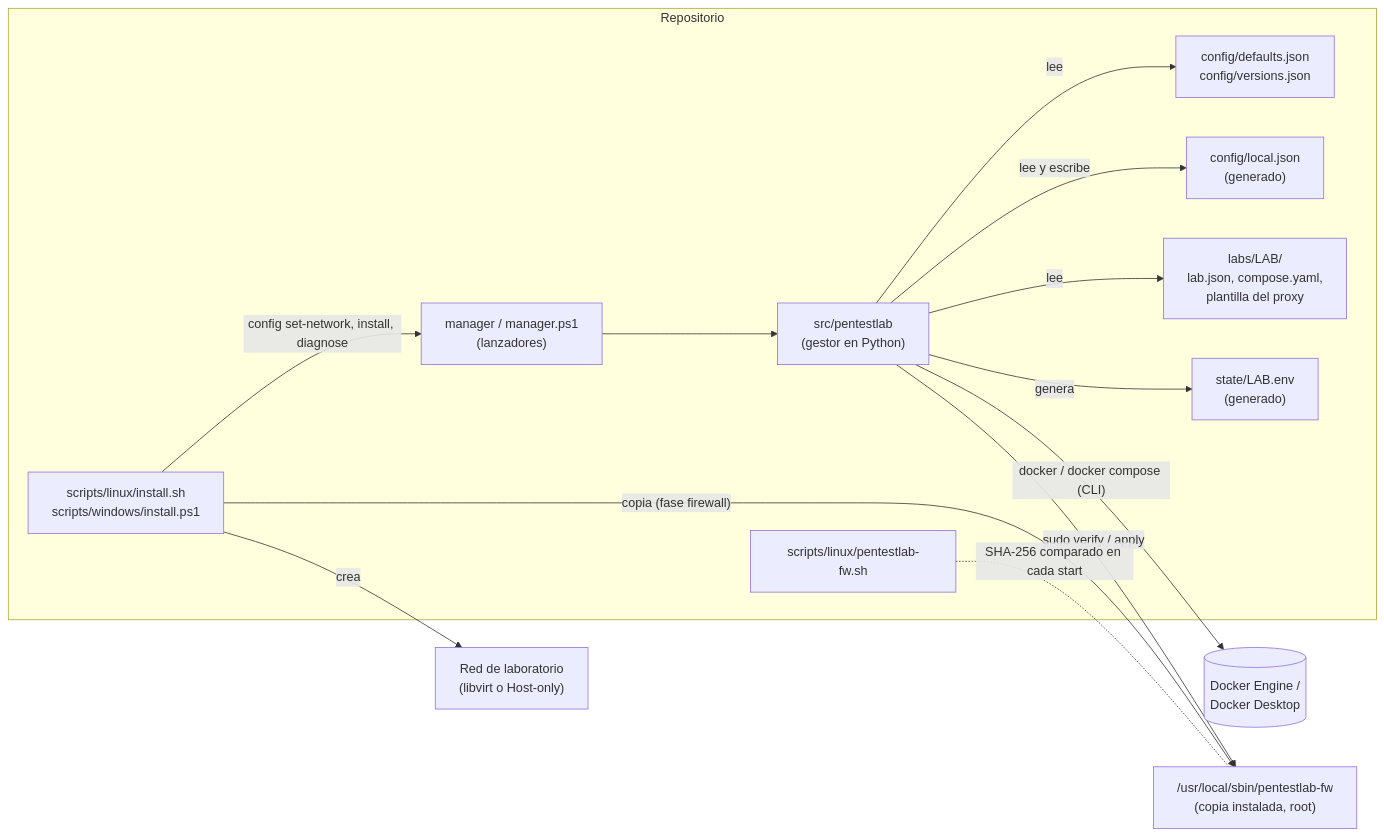
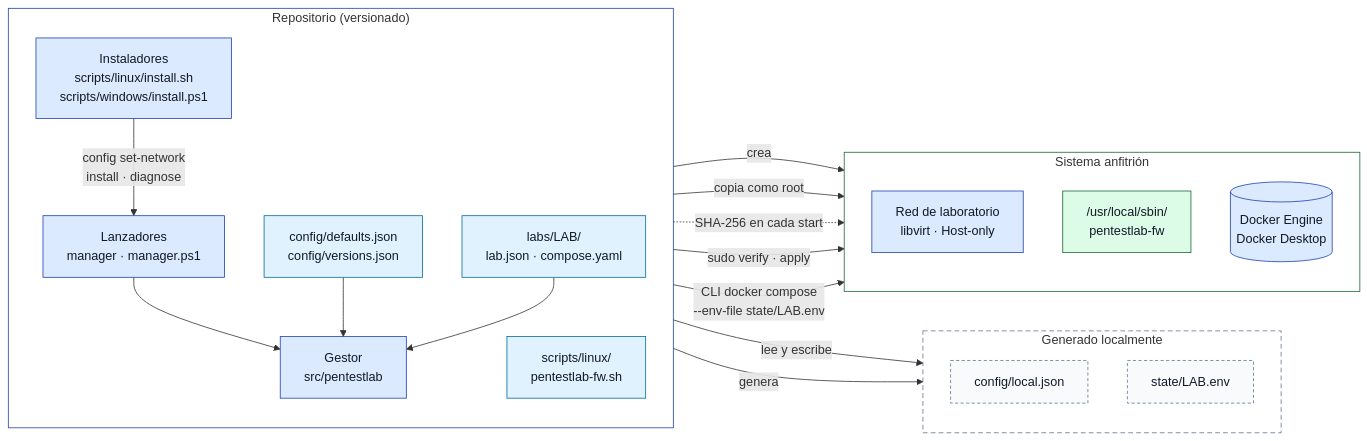
Before and after one commit to Hacker-Factory-CTF-Team/Web-Workshop: the first of 6 diagrams in docs/architecture/README.md, drawn with Mermaid. The commit also changed other lines of this file and 7 other files, not shown here.

Commit message:
arreglos en los diagramas

````diff
--- a/docs/architecture/README.md
+++ b/docs/architecture/README.md
@@ -15,28 +15,49 @@
 ```mermaid
 flowchart LR
-    subgraph repo["Repositorio"]
-        LAUNCH["manager / manager.ps1<br/>(lanzadores)"]
-        PKG["src/pentestlab<br/>(gestor en Python)"]
-        CFG["config/defaults.json<br/>config/versions.json"]
-        LOCAL["config/local.json<br/>(generado)"]
-        LABS["labs/LAB/<br/>lab.json, compose.yaml,<br/>plantilla del proxy"]
-        ENV["state/LAB.env<br/>(generado)"]
-        INST["scripts/linux/install.sh<br/>scripts/windows/install.ps1"]
-        FWSRC["scripts/linux/pentestlab-fw.sh"]
+    subgraph REPO["Repositorio (versionado)"]
+        direction TB
+        INST["Instaladores<br/>scripts/linux/install.sh<br/>scripts/windows/install.ps1"]:::mgr
+        LAUNCH["Lanzadores<br/>manager · manager.ps1"]:::mgr
+        PKG["Gestor<br/>src/pentestlab"]:::mgr
+        CFG["config/defaults.json<br/>config/versions.json"]:::cfg
+        LABS["labs/LAB/<br/>lab.json · compose.yaml"]:::cfg
+        FWSRC["scripts/linux/<br/>pentestlab-fw.sh"]:::cfg
     end
-    DOCKER[("Docker Engine /<br/>Docker Desktop")]
-    FWBIN["/usr/local/sbin/pentestlab-fw<br/>(copia instalada, root)"]
-    HV["Red de laboratorio<br/>(libvirt o Host-only)"]
+    subgraph LOCALG["Generado localmente"]
+        direction TB
+        LOCAL["config/local.json"]:::gen
+        ENV["state/LAB.env"]:::gen
+    end
+    subgraph SYS["Sistema anfitrión"]
+        direction TB
+        HV["Red de laboratorio<br/>libvirt · Host-only"]:::host
+        FWBIN["/usr/local/sbin/<br/>pentestlab-fw"]:::fw
+        DOCKER[("Docker Engine<br/>Docker Desktop")]:::host
+    end
 
+    INST -- "config set-network<br/>install · diagnose" --> LAUNCH
     LAUNCH --> PKG
-    PKG -- lee --> CFG
-    PKG -- lee y escribe --> LOCAL
-    PKG -- lee --> LABS
+    CFG --> PKG
+    LABS --> PKG
+    PKG -- "lee y escribe" --> LOCAL
     PKG -- genera --> ENV
-    PKG -- "docker / docker compose (CLI)" --> DOCKER
-    PKG -- "sudo verify / apply" --> FWBIN
-    INST -- "config set-network, install, diagnose" --> LAUNCH
     INST -- crea --> HV
-    INST -- "copia (fase firewall)" --> FWBIN
-    FWSRC -. "SHA-256 comparado en cada start" .- FWBIN
+    INST -- "copia como root" --> FWBIN
+    FWSRC -. "SHA-256 en cada start" .-> FWBIN
+    PKG -- "sudo verify · apply" --> FWBIN
+    PKG -- "CLI docker compose<br/>--env-file state/LAB.env" --> DOCKER
+
+    classDef kali fill:#ede9fe,stroke:#5b21b6,color:#111827
+    classDef mgr fill:#dbeafe,stroke:#1e40af,color:#111827
+    classDef host fill:#dbeafe,stroke:#1e40af,color:#111827
+    classDef cfg fill:#e0f2fe,stroke:#0369a1,color:#111827
+    classDef gen fill:#f8fafc,stroke:#64748b,stroke-dasharray:4 3,color:#111827
+    classDef fw fill:#dcfce7,stroke:#166534,color:#111827
+    classDef edge fill:#fef3c7,stroke:#b45309,color:#111827
+    classDef vuln fill:#fee2e2,stroke:#b91c1c,color:#111827
+    classDef net fill:#fff7ed,stroke:#c2410c,color:#111827
+    classDef ext fill:#f3f4f6,stroke:#4b5563,color:#111827
+    style REPO fill:none,stroke:#1e40af
+    style LOCALG fill:none,stroke:#64748b,stroke-dasharray:6 4
+    style SYS fill:none,stroke:#166534
 ```
````
